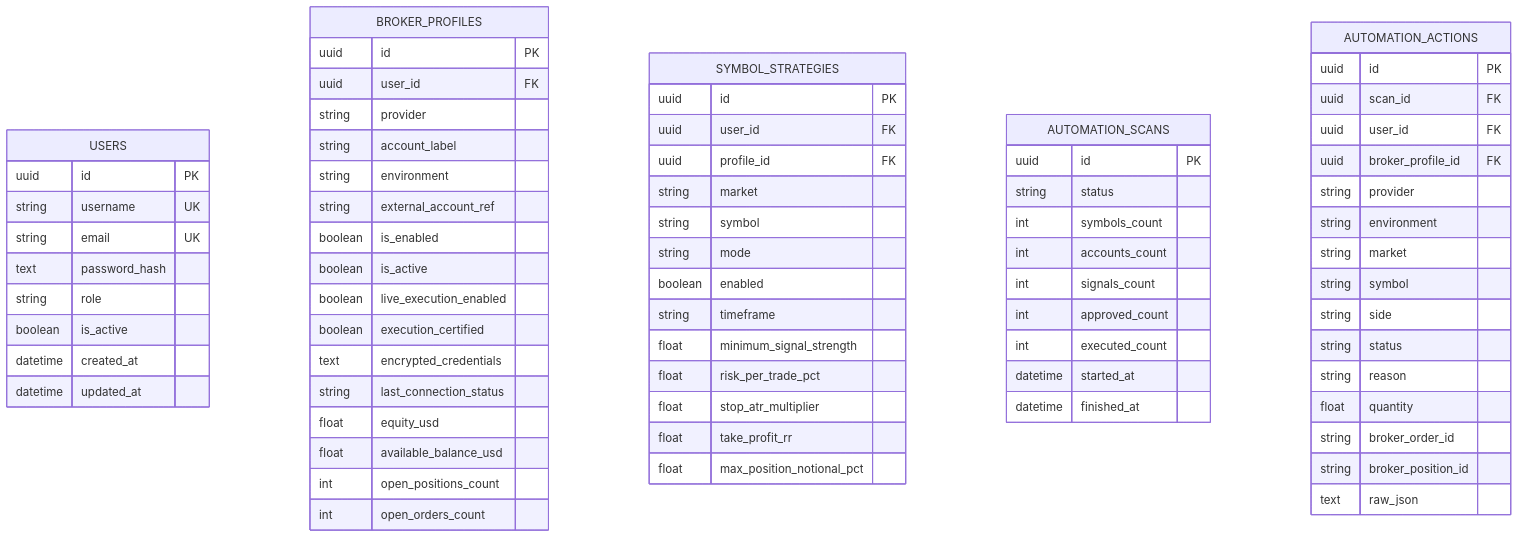
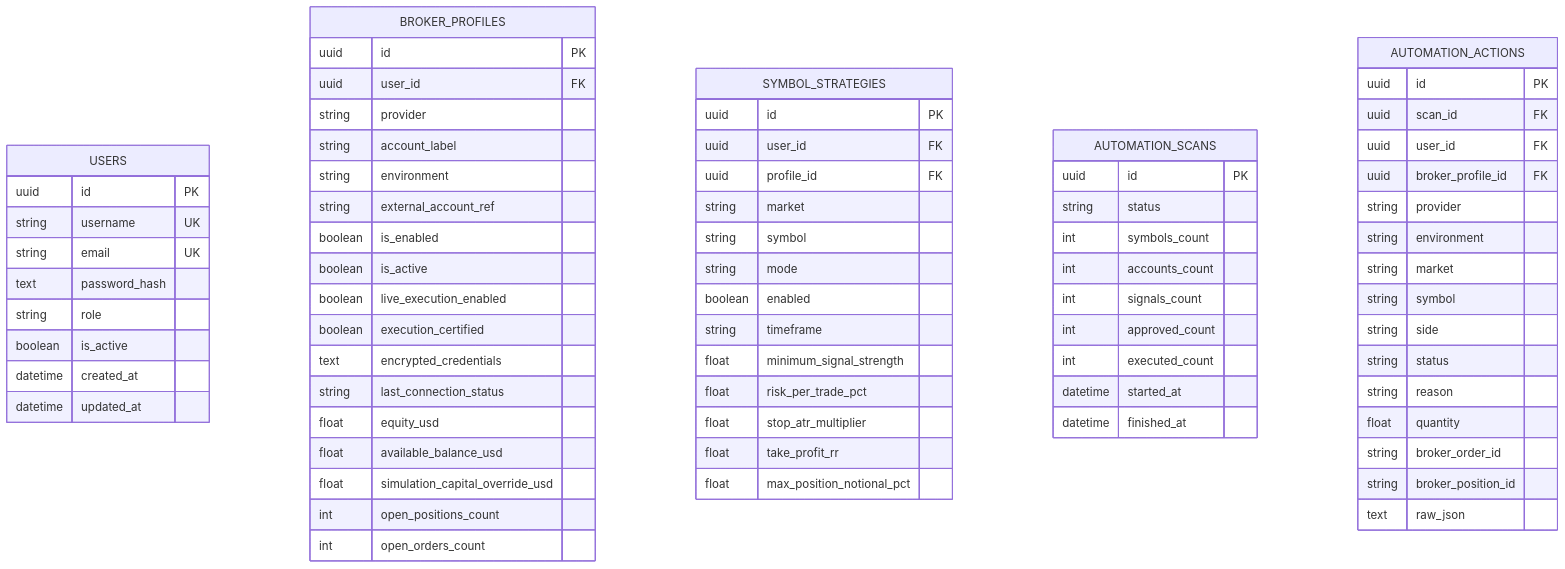
The second of 3 diagrams in docs/ERD.md (mohamdhassa/atlas-markets), drawn with Mermaid before and after one commit. The commit also changed other lines of this file and 3 other files, not shown here.

````diff
--- a/docs/ERD.md
+++ b/docs/ERD.md
@@ -69,74 +69,75 @@
 ```mermaid
 erDiagram
     USERS {
       uuid id PK
       string username UK
       string email UK
       text password_hash
       string role
       boolean is_active
       datetime created_at
       datetime updated_at
     }
     BROKER_PROFILES {
       uuid id PK
       uuid user_id FK
       string provider
       string account_label
       string environment
       string external_account_ref
       boolean is_enabled
       boolean is_active
       boolean live_execution_enabled
       boolean execution_certified
       text encrypted_credentials
       string last_connection_status
       float equity_usd
       float available_balance_usd
+      float simulation_capital_override_usd
       int open_positions_count
       int open_orders_count
     }
     SYMBOL_STRATEGIES {
       uuid id PK
       uuid user_id FK
       uuid profile_id FK
       string market
       string symbol
       string mode
       boolean enabled
       string timeframe
       float minimum_signal_strength
       float risk_per_trade_pct
       float stop_atr_multiplier
       float take_profit_rr
       float max_position_notional_pct
     }
     AUTOMATION_SCANS {
       uuid id PK
       string status
       int symbols_count
       int accounts_count
       int signals_count
       int approved_count
       int executed_count
       datetime started_at
       datetime finished_at
     }
     AUTOMATION_ACTIONS {
       uuid id PK
       uuid scan_id FK
       uuid user_id FK
       uuid broker_profile_id FK
       string provider
       string environment
       string market
       string symbol
       string side
       string status
       string reason
       float quantity
       string broker_order_id
       string broker_position_id
       text raw_json
     }
 ```
````
